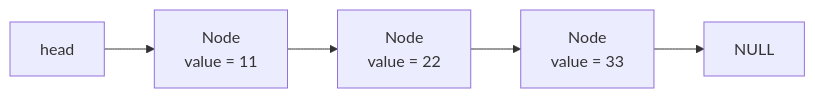
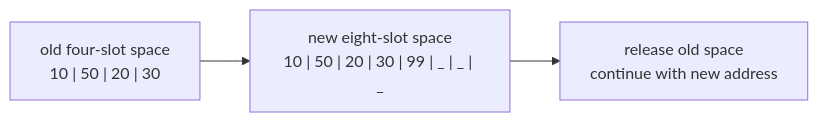
One commit to chaebkimm/data_structure_2026 changed the second of 2 diagrams in module_01_arraylist/diagrams/memory_models.md. Above: the diagram before and after it, drawn with Mermaid. The commit also changed other lines of this file and 29 other files, not shown here.

````diff
--- a/module_01_arraylist/diagrams/memory_models.md
+++ b/module_01_arraylist/diagrams/memory_models.md
@@ -87,7 +40,5 @@
 ```mermaid
 flowchart LR
-    H["head"] --> N1["Node<br/>value = 11"]
-    N1 --> N2["Node<br/>value = 22"]
-    N2 --> N3["Node<br/>value = 33"]
-    N3 --> X["NULL"]
+    O["old four-slot space<br/>10 | 50 | 20 | 30"] --> N["new eight-slot space<br/>10 | 50 | 20 | 30 | 99 | _ | _ | _"]
+    N --> F["release old space<br/>continue with new address"]
 ```
````
